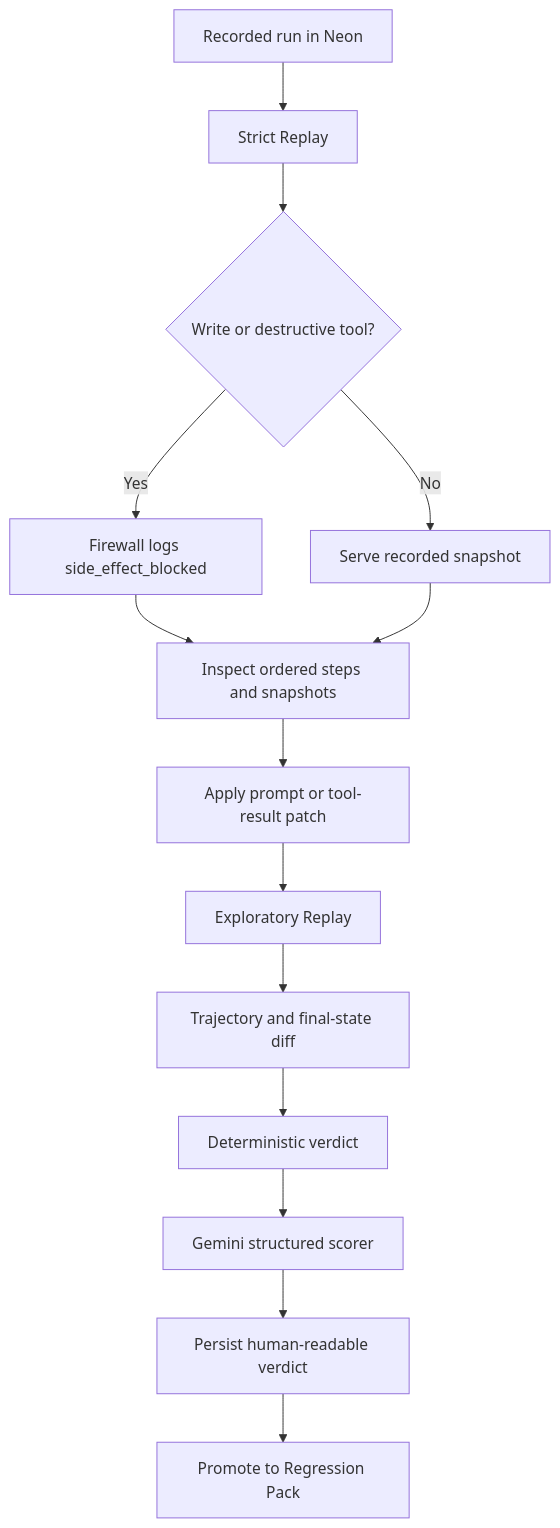
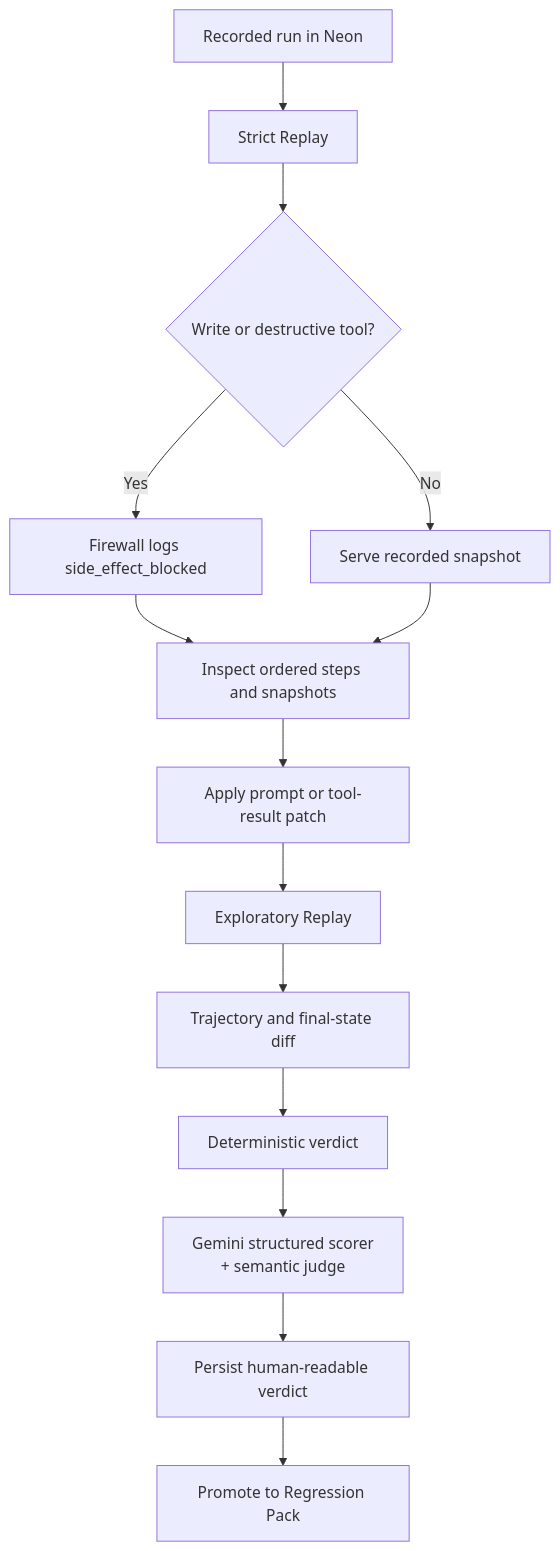
Before and after one commit to defi12748/ProxyTrace: the second of 2 diagrams in README.md, drawn with Mermaid. The commit also changed other lines of this file and 15 other files, not shown here.

Commit message:
add gemini outcome judge

````diff
--- a/README.md
+++ b/README.md
@@ -84,16 +85,16 @@
 ```mermaid
 flowchart TD
     RUN["Recorded run in Neon"] --> STRICT["Strict Replay"]
     STRICT --> SAFETY{"Write or destructive tool?"}
     SAFETY -->|Yes| BLOCK["Firewall logs side_effect_blocked"]
     SAFETY -->|No| SNAPSHOT["Serve recorded snapshot"]
     BLOCK --> INSPECT["Inspect ordered steps and snapshots"]
     SNAPSHOT --> INSPECT
     INSPECT --> PATCH["Apply prompt or tool-result patch"]
     PATCH --> EXPLORE["Exploratory Replay"]
     EXPLORE --> DIFF["Trajectory and final-state diff"]
     DIFF --> CHECKS["Deterministic verdict"]
-    CHECKS --> GEMINI["Gemini structured scorer"]
+    CHECKS --> GEMINI["Gemini structured scorer<br/>+ semantic judge"]
     GEMINI --> REPORT["Persist human-readable verdict"]
     REPORT --> REGRESS["Promote to Regression Pack"]
 ```
````
